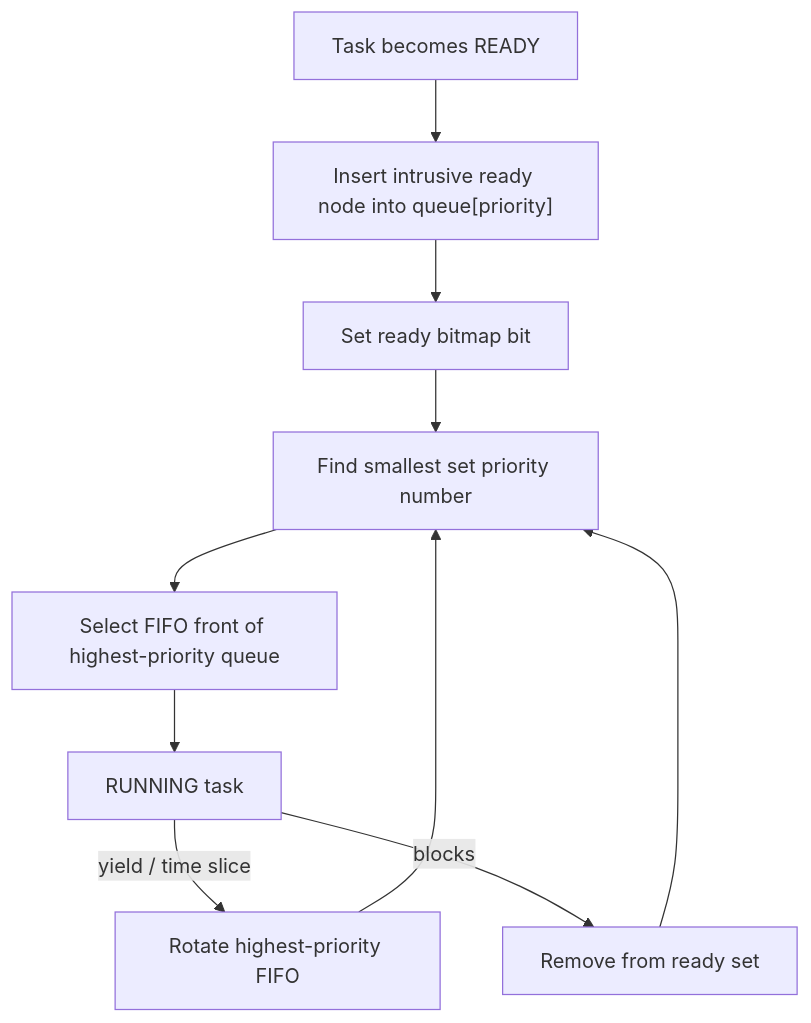
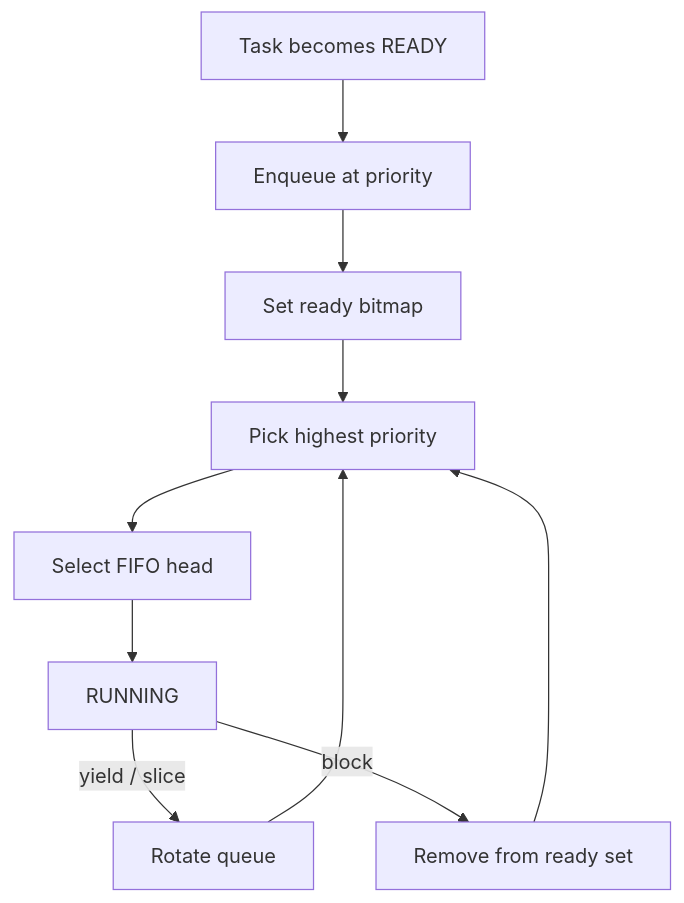
One commit to haikevins/hairtos changed the diagram in docs/01-kernel-core/interrupt-model.md. Above: the diagram before and after it, drawn with Mermaid. The commit also changed other lines of this file and 82 other files, not shown here.

````diff
--- a/docs/01-kernel-core/interrupt-model.md
+++ b/docs/01-kernel-core/interrupt-model.md
@@ -55,12 +54,12 @@
 ```mermaid
-flowchart TD
-    WAKE["Task becomes READY"] --> INSERT["Insert intrusive ready node into queue[priority]"]
-    INSERT --> BITMAP["Set ready bitmap bit"]
-    BITMAP --> SELECT["Find smallest set priority number"]
-    SELECT --> FRONT["Select FIFO front of highest-priority queue"]
-    FRONT --> RUN["RUNNING task"]
-    RUN -->|"yield / time slice"| ROTATE["Rotate highest-priority FIFO"]
-    RUN -->|"blocks"| REMOVE["Remove from ready set"]
+flowchart TB
+    WAKE["Task becomes READY"] --> INSERT["Enqueue at priority"]
+    INSERT --> BITMAP["Set ready bitmap"]
+    BITMAP --> SELECT["Pick highest priority"]
+    SELECT --> FRONT["Select FIFO head"]
+    FRONT --> RUN["RUNNING"]
+    RUN -->|"yield / slice"| ROTATE["Rotate queue"]
+    RUN -->|"block"| REMOVE["Remove from ready set"]
     ROTATE --> SELECT
     REMOVE --> SELECT
 ```
````
